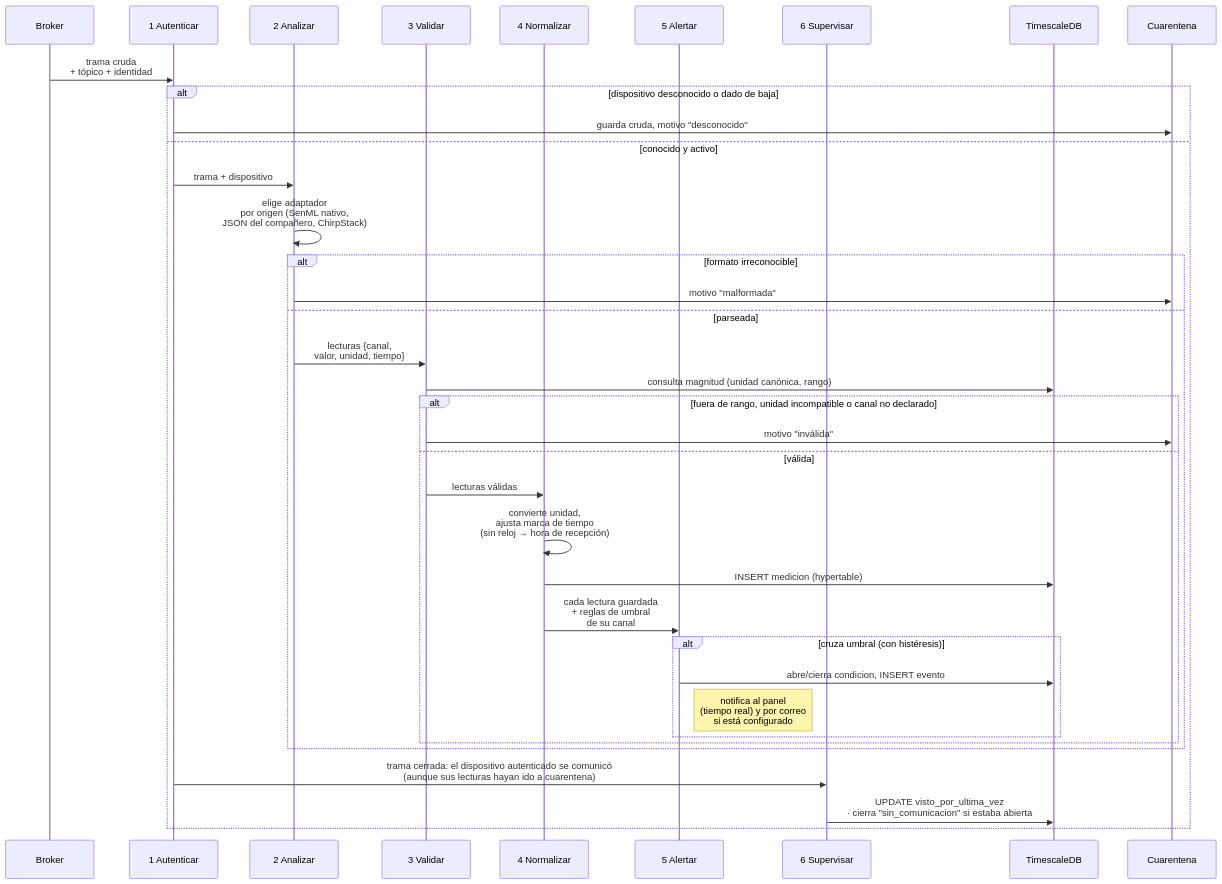
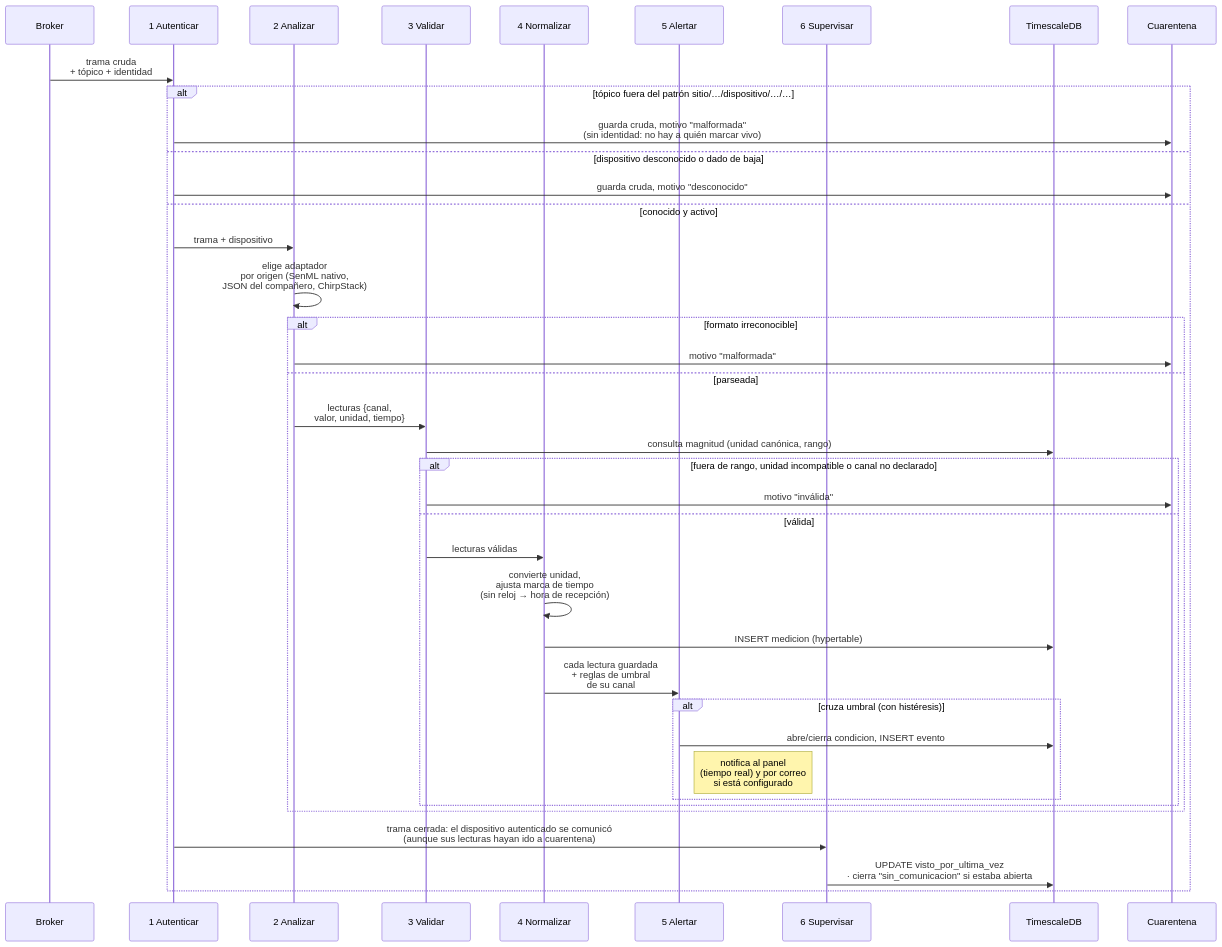
One commit to vicenterami/tesis changed the diagram in informe-oficial/figuras/mermaid/sec-pipeline.mmd. Above: the diagram before and after it, drawn with Mermaid. The commit also changed 27 other files, not shown here.

```diff
--- a/informe-oficial/figuras/mermaid/sec-pipeline.mmd
+++ b/informe-oficial/figuras/mermaid/sec-pipeline.mmd
@@ -1,38 +1,40 @@
 sequenceDiagram
     participant MQ as Broker
     participant F1 as 1 Autenticar
     participant F2 as 2 Analizar
     participant F3 as 3 Validar
     participant F4 as 4 Normalizar
     participant F5 as 5 Alertar
     participant F6 as 6 Supervisar
     participant DB as TimescaleDB
     participant Q as Cuarentena
 
     MQ->>F1: trama cruda<br/>+ tópico + identidad
-    alt dispositivo desconocido o dado de baja
+    alt tópico fuera del patrón sitio/…/dispositivo/…/…
+        F1->>Q: guarda cruda, motivo "malformada"<br/>(sin identidad: no hay a quién marcar vivo)
+    else dispositivo desconocido o dado de baja
         F1->>Q: guarda cruda, motivo "desconocido"
     else conocido y activo
         F1->>F2: trama + dispositivo
         F2->>F2: elige adaptador<br/>por origen (SenML nativo,<br/>JSON del compañero, ChirpStack)
         alt formato irreconocible
             F2->>Q: motivo "malformada"
         else parseada
             F2->>F3: lecturas {canal,<br/>valor, unidad, tiempo}
             F3->>DB: consulta magnitud (unidad canónica, rango)
             alt fuera de rango, unidad incompatible o canal no declarado
                 F3->>Q: motivo "inválida"
             else válida
                 F3->>F4: lecturas válidas
                 F4->>F4: convierte unidad,<br/>ajusta marca de tiempo<br/>(sin reloj → hora de recepción)
                 F4->>DB: INSERT medicion (hypertable)
                 F4->>F5: cada lectura guardada<br/>+ reglas de umbral<br/>de su canal
                 alt cruza umbral (con histéresis)
                     F5->>DB: abre/cierra condicion, INSERT evento
                     Note right of F5: notifica al panel<br/>(tiempo real) y por correo<br/>si está configurado
                 end
             end
         end
         F1->>F6: trama cerrada: el dispositivo autenticado se comunicó<br/>(aunque sus lecturas hayan ido a cuarentena)
         F6->>DB: UPDATE visto_por_ultima_vez<br/>· cierra "sin_comunicacion" si estaba abierta
     end
```
